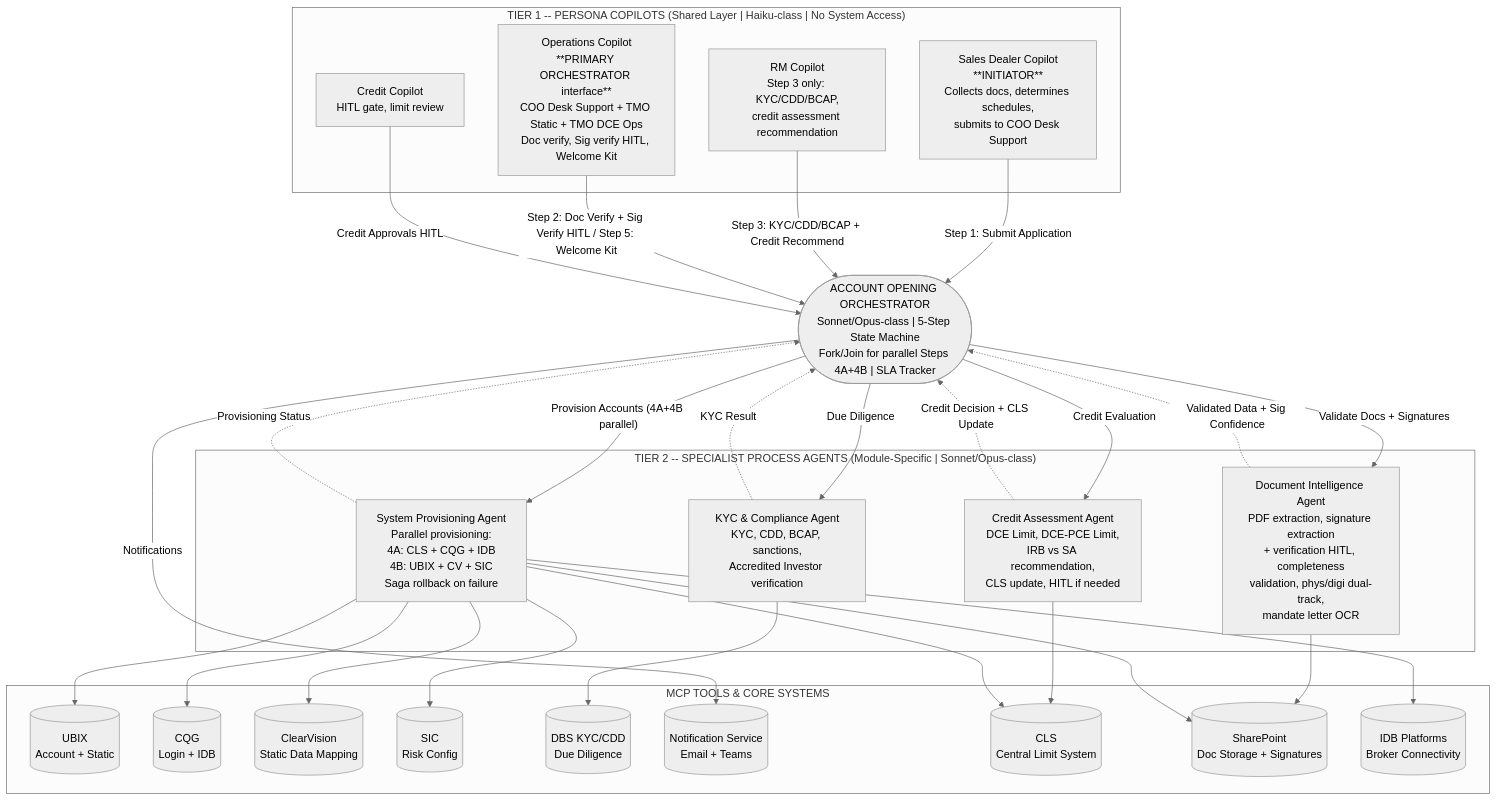
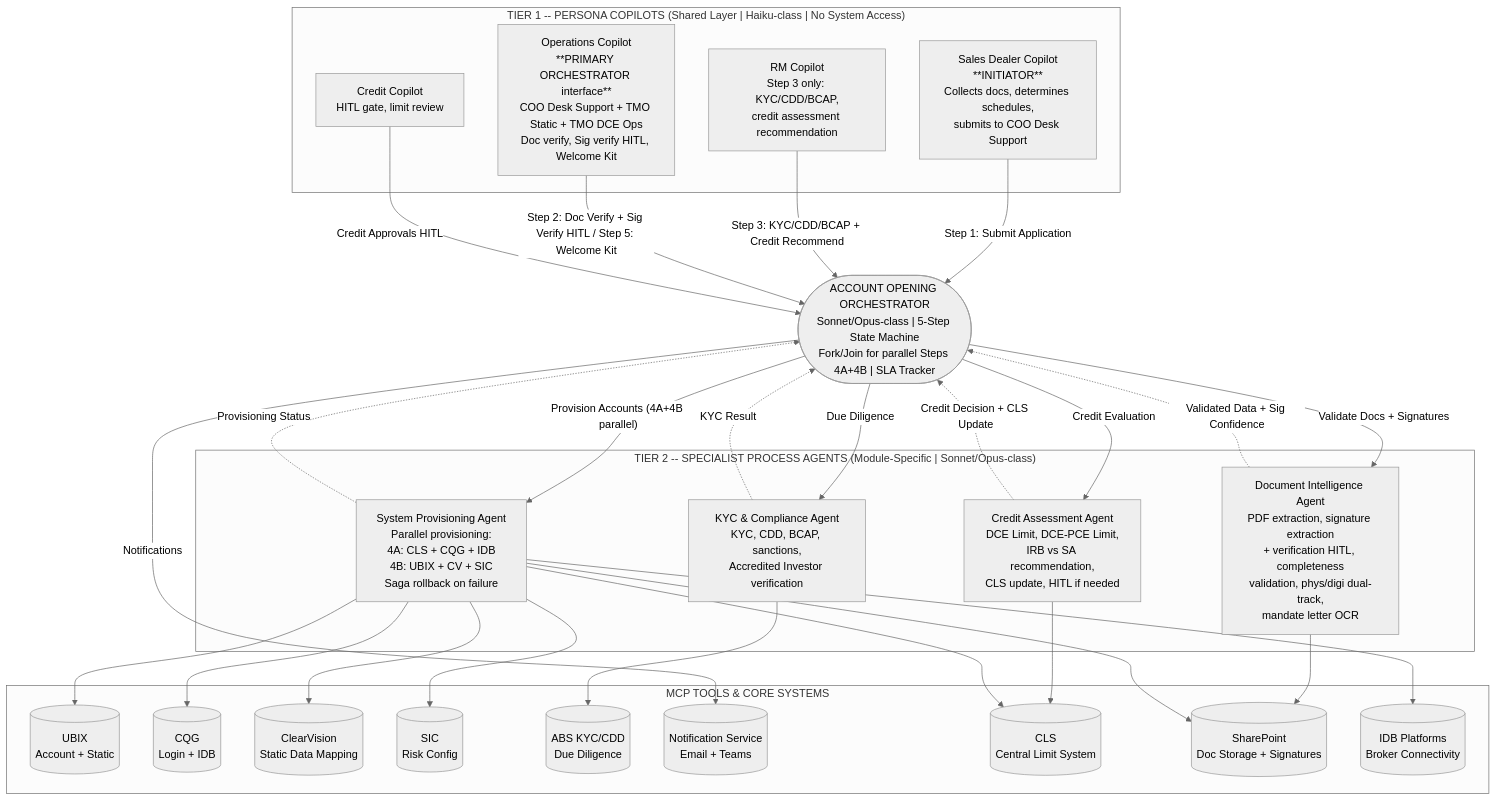
Before and after one commit to repos-3sds/coo_agentic_workbench: the first of 2 diagrams in ACCOUNT-OPENING-AGENT-ARCHITECTURE.md, drawn with Mermaid (neutral theme). The commit also changed other lines of this file and 87 other files, not shown here.

````diff
--- a/ACCOUNT-OPENING-AGENT-ARCHITECTURE.md
+++ b/ACCOUNT-OPENING-AGENT-ARCHITECTURE.md
@@ -151,57 +151,57 @@
 ```mermaid
 graph TD
     subgraph T1["TIER 1 -- PERSONA COPILOTS (Shared Layer | Haiku-class | No System Access)"]
         C1["Sales Dealer Copilot\n**INITIATOR**\nCollects docs, determines schedules,\nsubmits to COO Desk Support"]
         C2["RM Copilot\nStep 3 only: KYC/CDD/BCAP,\ncredit assessment recommendation"]
         C3["Operations Copilot\n**PRIMARY ORCHESTRATOR interface**\nCOO Desk Support + TMO Static + TMO DCE Ops\nDoc verify, Sig verify HITL, Welcome Kit"]
         C4["Credit Copilot\nHITL gate, limit review"]
     end
 
     ORCH(["ACCOUNT OPENING ORCHESTRATOR\nSonnet/Opus-class | 5-Step State Machine\nFork/Join for parallel Steps 4A+4B | SLA Tracker"])
 
     subgraph T2["TIER 2 -- SPECIALIST PROCESS AGENTS (Module-Specific | Sonnet/Opus-class)"]
         A1["Document Intelligence Agent\nPDF extraction, signature extraction\n+ verification HITL, completeness\nvalidation, phys/digi dual-track,\nmandate letter OCR"]
         A2["KYC & Compliance Agent\nKYC, CDD, BCAP, sanctions,\nAccredited Investor verification"]
         A3["Credit Assessment Agent\nDCE Limit, DCE-PCE Limit,\nIRB vs SA recommendation,\nCLS update, HITL if needed"]
         A4["System Provisioning Agent\nParallel provisioning:\n4A: CLS + CQG + IDB\n4B: UBIX + CV + SIC\nSaga rollback on failure"]
     end
 
     subgraph TOOLS["MCP TOOLS & CORE SYSTEMS"]
         S1[("UBIX\nAccount + Static")]
         S3[("CQG\nLogin + IDB")]
         S4[("ClearVision\nStatic Data Mapping")]
         S5[("SIC\nRisk Config")]
-        S6[("DBS KYC/CDD\nDue Diligence")]
+        S6[("ABS KYC/CDD\nDue Diligence")]
         S7[("Notification Service\nEmail + Teams")]
         S8[("CLS\nCentral Limit System")]
         S9[("SharePoint\nDoc Storage + Signatures")]
         S10[("IDB Platforms\nBroker Connectivity")]
     end
 
     C1 -->|"Step 1: Submit Application"| ORCH
     C2 -->|"Step 3: KYC/CDD/BCAP + Credit Recommend"| ORCH
     C3 -->|"Step 2: Doc Verify + Sig Verify HITL / Step 5: Welcome Kit"| ORCH
     C4 -->|"Credit Approvals HITL"| ORCH
 
     ORCH -->|"Validate Docs + Signatures"| A1
     ORCH -->|"Due Diligence"| A2
     ORCH -->|"Credit Evaluation"| A3
     ORCH -->|"Provision Accounts (4A+4B parallel)"| A4
     ORCH -->|"Notifications"| S7
 
     A1 -.->|"Validated Data + Sig Confidence"| ORCH
     A2 -.->|"KYC Result"| ORCH
     A3 -.->|"Credit Decision + CLS Update"| ORCH
     A4 -.->|"Provisioning Status"| ORCH
 
     A1 --> S9
     A2 --> S6
     A3 --> S8
     A4 --> S1
     A4 --> S3
     A4 --> S4
     A4 --> S5
     A4 --> S8
     A4 --> S10
     A4 --> S9
 ```
````
